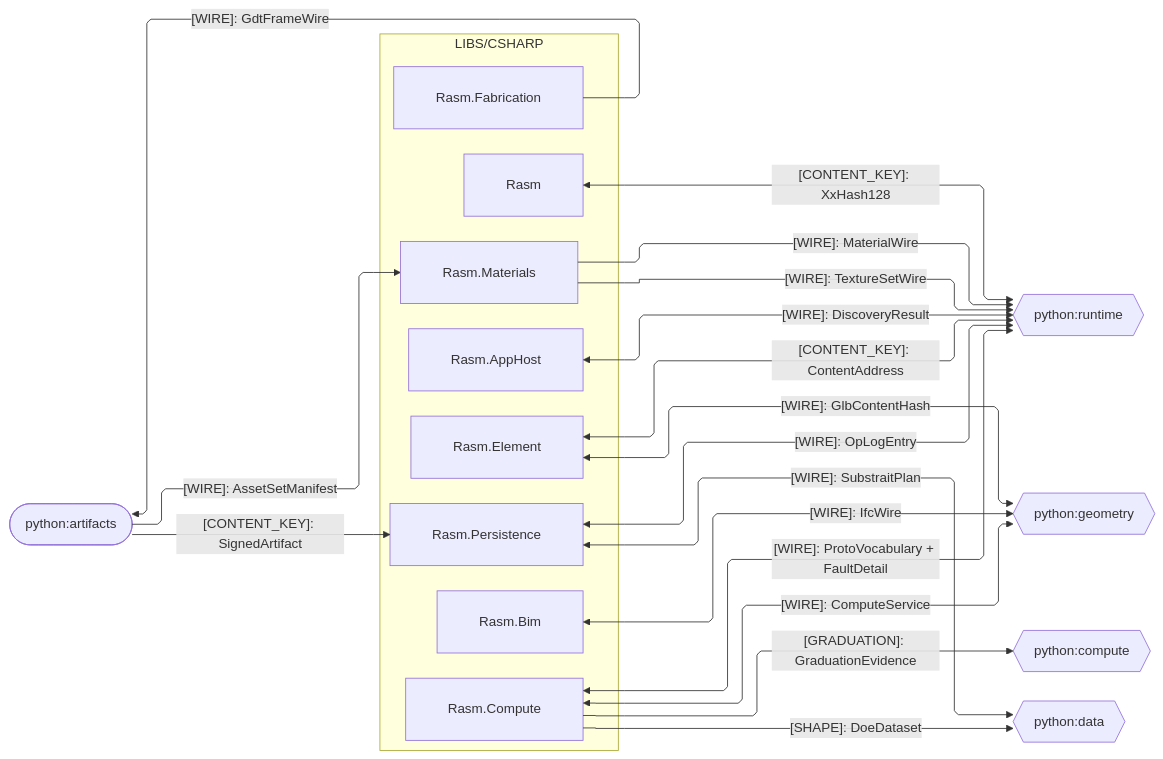
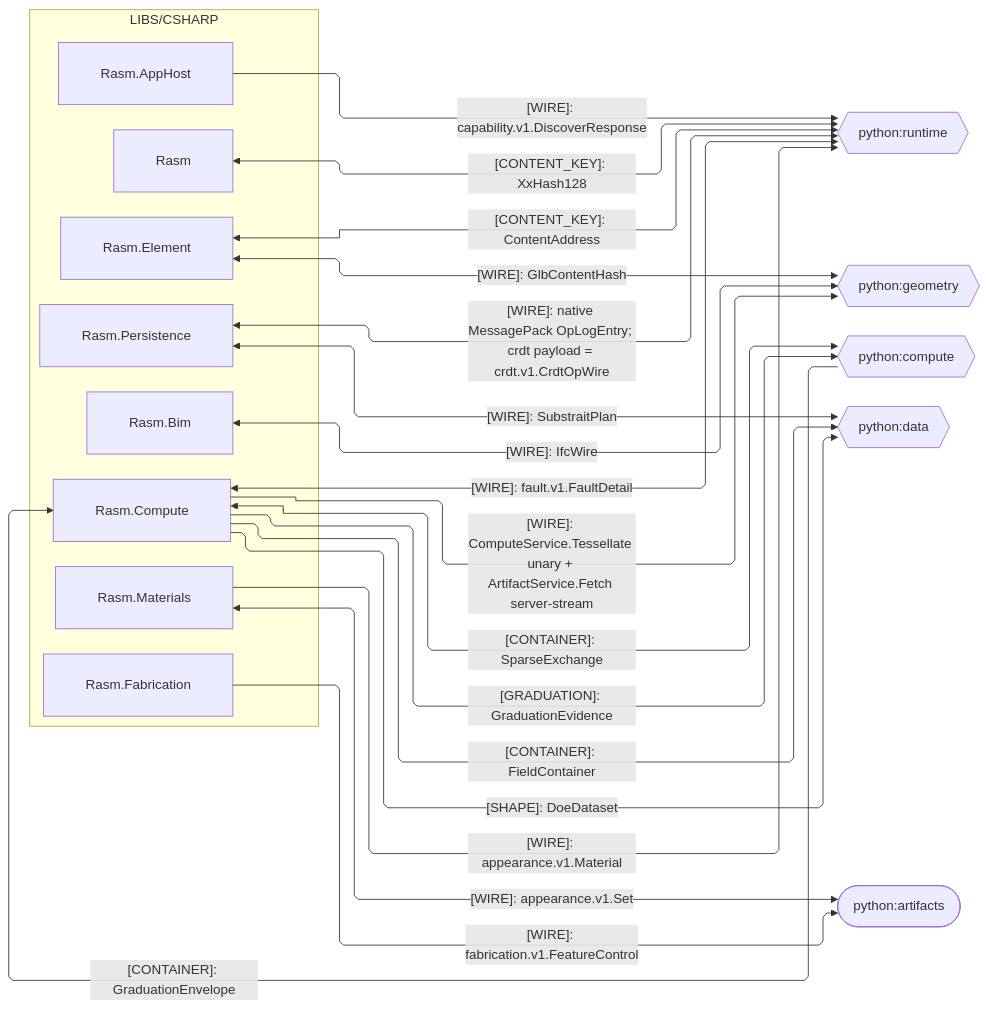
The second of 5 diagrams in libs/csharp/.planning/ARCHITECTURE.md (bsamiee/Rasm), drawn with Mermaid before and after one commit. The commit also changed other lines of this file and 820 other files, not shown here.

````diff
--- a/libs/csharp/.planning/ARCHITECTURE.md
+++ b/libs/csharp/.planning/ARCHITECTURE.md
@@ -116,43 +132,44 @@
 ```mermaid
 ---
 config:
   layout: elk
   flowchart:
     curve: linear
     padding: 25
 ---
 flowchart LR
     accTitle: C# branch python seam registry
     accDescr: Which kinded contract shapes cross between the C# packages and their python counterparts.
     subgraph csharp[LIBS/CSHARP]
         Rasm[Rasm]
         Element[Rasm.Element]
         Bim[Rasm.Bim]
         Materials[Rasm.Materials]
         Fabrication[Rasm.Fabrication]
         AppHost[Rasm.AppHost]
         Compute[Rasm.Compute]
         Persistence[Rasm.Persistence]
     end
     PyRuntime{{python:runtime}}
     PyGeometry{{python:geometry}}
     PyCompute{{python:compute}}
     PyData{{python:data}}
     PyArtifacts([python:artifacts])
     Rasm e1@<-->|"[CONTENT_KEY]: XxHash128"| PyRuntime
     Element e2@<-->|"[WIRE]: GlbContentHash"| PyGeometry
     Element e3@<-->|"[CONTENT_KEY]: ContentAddress"| PyRuntime
     Bim e4@<-->|"[WIRE]: IfcWire"| PyGeometry
-    Materials e5@-->|"[WIRE]: MaterialWire"| PyRuntime
-    Materials e6@-->|"[WIRE]: TextureSetWire"| PyRuntime
-    PyArtifacts e7@-->|"[WIRE]: AssetSetManifest"| Materials
-    Fabrication e8@-->|"[WIRE]: GdtFrameWire"| PyArtifacts
-    AppHost e9@<-->|"[WIRE]: DiscoveryResult"| PyRuntime
-    Compute e10@<-->|"[WIRE]: ComputeService"| PyGeometry
-    Compute e11@<-->|"[WIRE]: ProtoVocabulary + FaultDetail"| PyRuntime
-    Compute e12@-->|"[GRADUATION]: GraduationEvidence"| PyCompute
-    Compute e13@-->|"[SHAPE]: DoeDataset"| PyData
-    Persistence e14@<-->|"[WIRE]: OpLogEntry"| PyRuntime
-    PyArtifacts e15@-->|"[CONTENT_KEY]: SignedArtifact"| Persistence
-    Persistence e16@<-->|"[WIRE]: SubstraitPlan"| PyData
+    Materials e5@-->|"[WIRE]: appearance.v1.Material"| PyRuntime
+    Materials e6@<-->|"[WIRE]: appearance.v1.Set"| PyArtifacts
+    Fabrication e7@-->|"[WIRE]: fabrication.v1.FeatureControl"| PyArtifacts
+    AppHost e8@-->|"[WIRE]: capability.v1.DiscoverResponse"| PyRuntime
+    Compute e9@-->|"[WIRE]: ComputeService.Tessellate unary + ArtifactService.Fetch server-stream"| PyGeometry
+    Compute e10@<-->|"[WIRE]: fault.v1.FaultDetail"| PyRuntime
+    Compute e11@-->|"[GRADUATION]: GraduationEvidence"| PyCompute
+    Compute e12@-->|"[SHAPE]: DoeDataset"| PyData
+    Persistence e13@<-->|"[WIRE]: native MessagePack OpLogEntry; crdt payload = crdt.v1.CrdtOpWire"| PyRuntime
+    Persistence e14@<-->|"[WIRE]: SubstraitPlan"| PyData
+    Compute e15@-->|"[CONTAINER]: FieldContainer"| PyData
+    Compute e16@<-->|"[CONTAINER]: SparseExchange"| PyCompute
+    PyCompute e17@-->|"[CONTAINER]: GraduationEnvelope"| Compute
 ```
````
